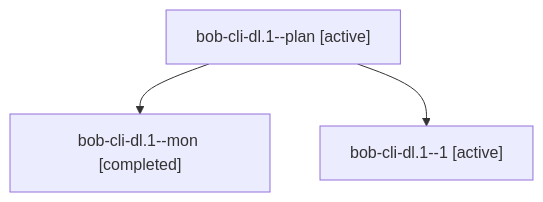
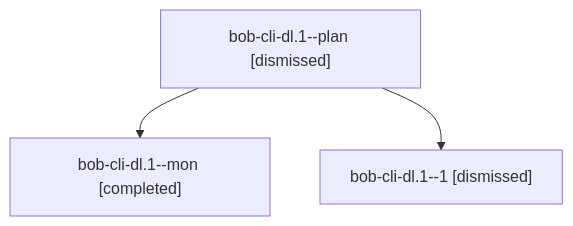
The diagram in sessions/bbugyi200.apollo.bob-cli-dl.1.md (bobs-org/bob-cli--agents), drawn with Mermaid before and after one commit. The commit also changed other lines of this file and 222 other files, not shown here.

````diff
--- a/sessions/bbugyi200.apollo.bob-cli-dl.1.md
+++ b/sessions/bbugyi200.apollo.bob-cli-dl.1.md
@@ -9,8 +9,8 @@
 ```mermaid
 flowchart TD
-  n0["bob-cli-dl.1--plan [active]"]
+  n0["bob-cli-dl.1--plan [dismissed]"]
   n1["bob-cli-dl.1--mon [completed]"]
   n0 --> n1
-  n2["bob-cli-dl.1--1 [active]"]
+  n2["bob-cli-dl.1--1 [dismissed]"]
   n0 --> n2
 ```
````
